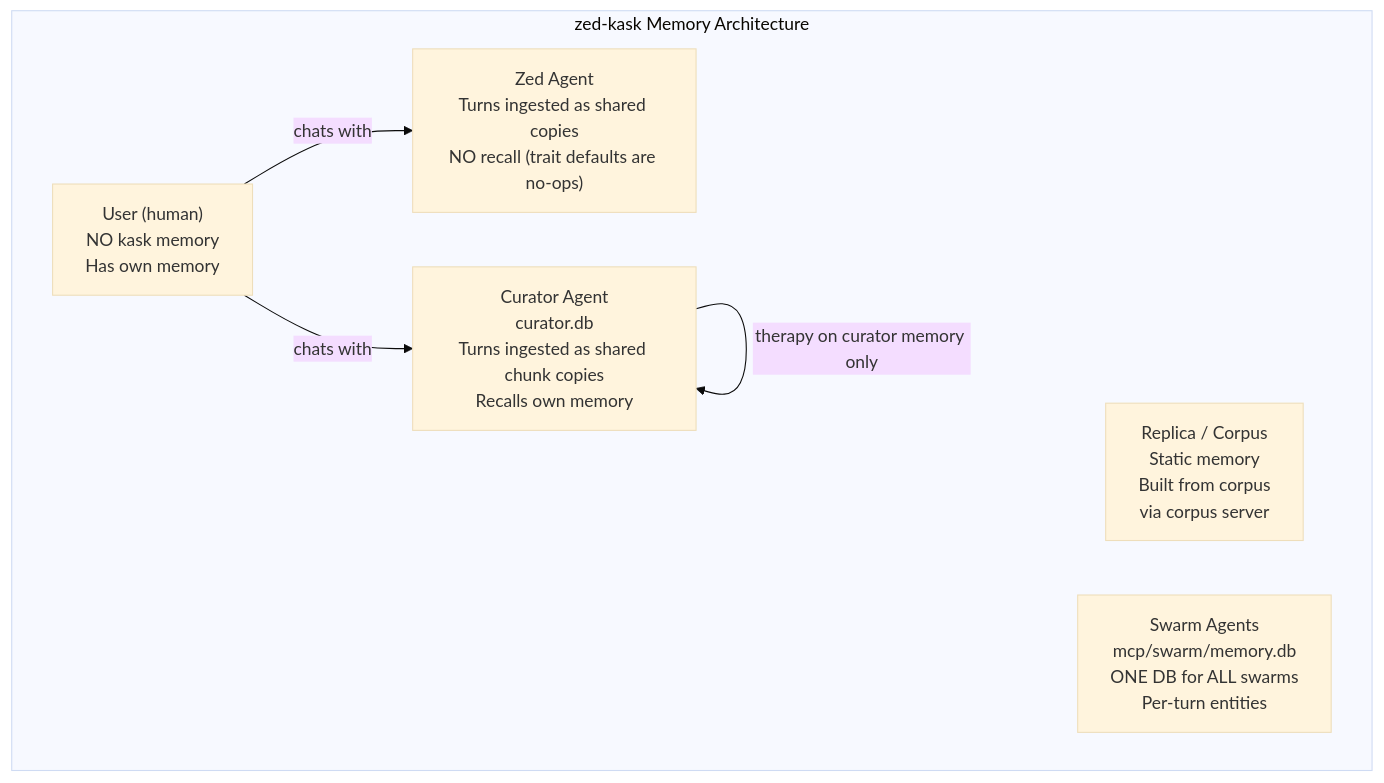
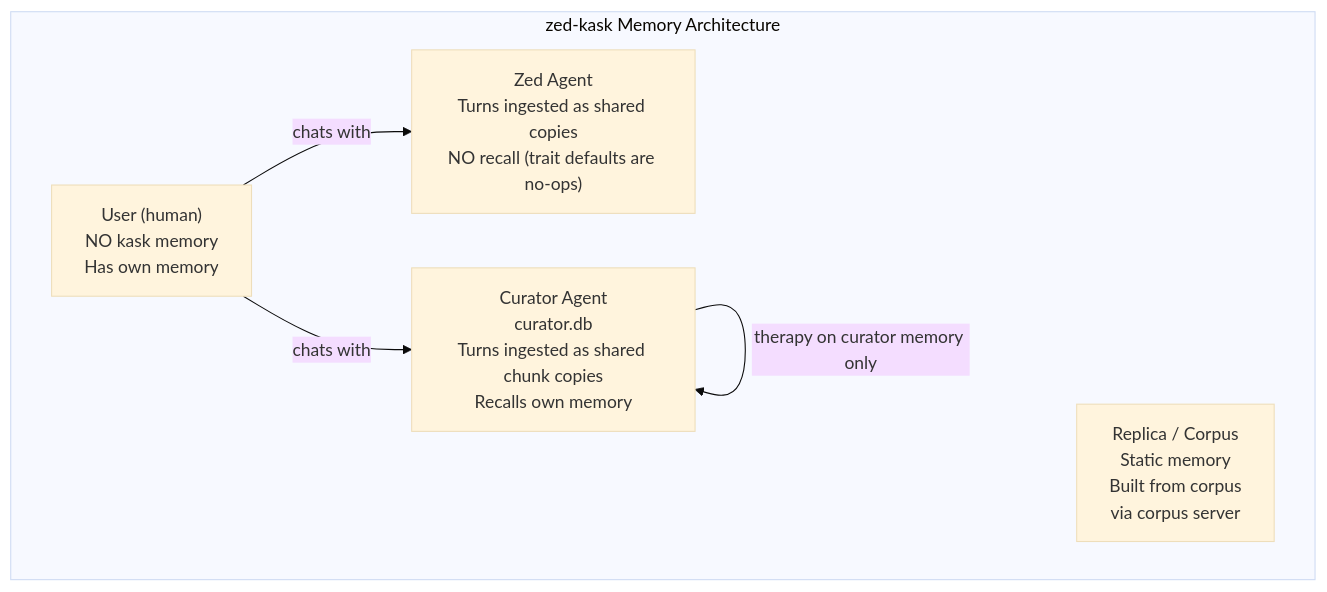
One commit to mdz-axo/zed-kask changed the sixth of 6 diagrams in kask/docs/architecture/memory-system-specification.md. Above: the diagram before and after it, drawn with Mermaid (base theme). The commit also changed other lines of this file and 25 other files, not shown here.

````diff
--- a/kask/docs/architecture/memory-system-specification.md
+++ b/kask/docs/architecture/memory-system-specification.md
@@ -1225,14 +1224,13 @@
 ```mermaid
 graph TD
     subgraph "zed-kask Memory Architecture"
         User["User (human)<br/>NO kask memory<br/>Has own memory"]
         ZedAgent["Zed Agent<br/>Turns ingested as shared copies<br/>NO recall (trait defaults are no-ops)"]
         Curator["Curator Agent<br/>curator.db<br/>Turns ingested as shared chunk copies<br/>Recalls own memory"]
         Corpus["Replica / Corpus<br/>Static memory<br/>Built from corpus<br/>via corpus server"]
-        Swarm["Swarm Agents<br/>mcp/swarm/memory.db<br/>ONE DB for ALL swarms<br/>Per-turn entities"]
     end
 
     User -->|chats with| ZedAgent
     User -->|chats with| Curator
     Curator -->|therapy on curator memory only| Curator
 ```
````
